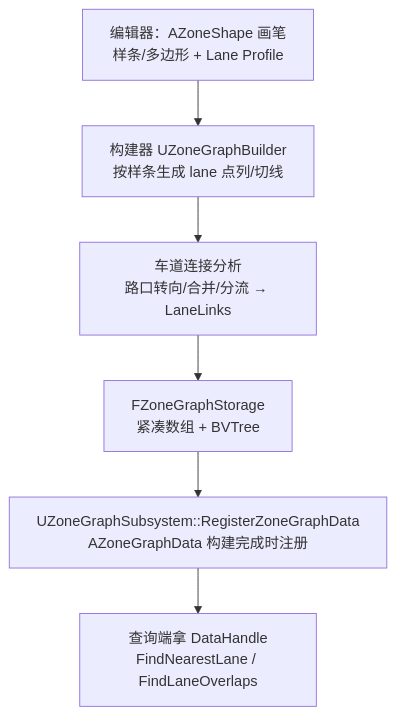
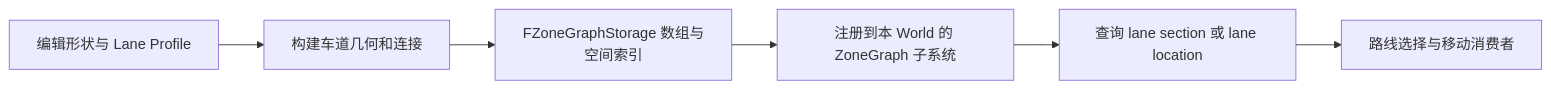
One commit to fantuan812/learning changed the first of 4 diagrams in 知识/06-游戏AI/导航移动与群体协同/06-ZoneGraph与SmartObjects.md. Above: the diagram before and after it, drawn with Mermaid. The commit also changed other lines of this file and 1 other file, not shown here.

Commit message:
docs: 纠正 ZoneGraph 查询与 SmartObject 交互生命周期

````diff
--- a/知识/06-游戏AI/导航移动与群体协同/06-ZoneGraph与SmartObjects.md
+++ b/知识/06-游戏AI/导航移动与群体协同/06-ZoneGraph与SmartObjects.md
@@ -111,8 +71,8 @@
 ```mermaid
-flowchart TD
-    A[编辑器：AZoneShape 画笔<br/>样条/多边形 + Lane Profile] --> B[构建器 UZoneGraphBuilder<br/>按样条生成 lane 点列/切线]
-    B --> C[车道连接分析<br/>路口转向/合并/分流 → LaneLinks]
-    C --> D[FZoneGraphStorage<br/>紧凑数组 + BVTree]
-    D --> E[UZoneGraphSubsystem::RegisterZoneGraphData<br/>AZoneGraphData 构建完成时注册]
-    E --> F[查询端拿 DataHandle<br/>FindNearestLane / FindLaneOverlaps]
+flowchart LR
+    A[编辑形状与 Lane Profile] --> B[构建车道几何和连接]
+    B --> C[FZoneGraphStorage 数组与空间索引]
+    C --> D[注册到本 World 的 ZoneGraph 子系统]
+    D --> E[查询 lane section 或 lane location]
+    E --> F[路线选择与移动消费者]
 ```
````
